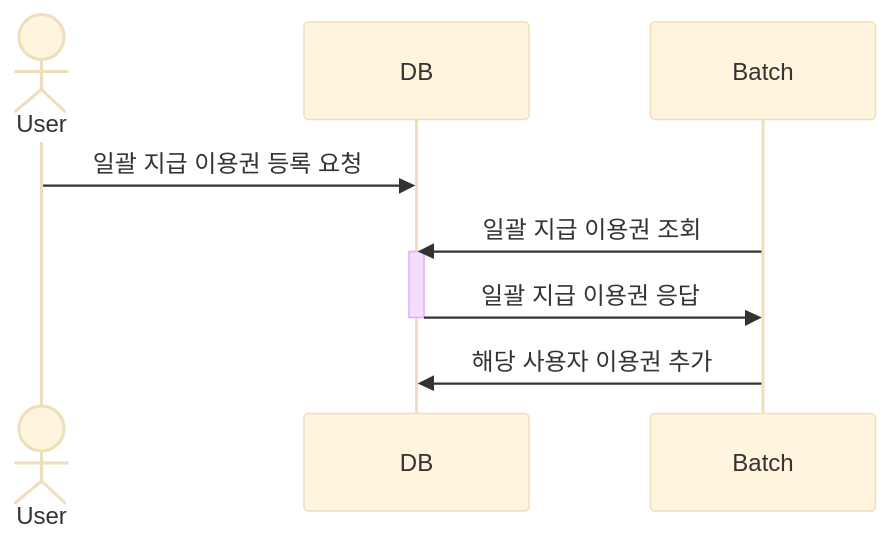
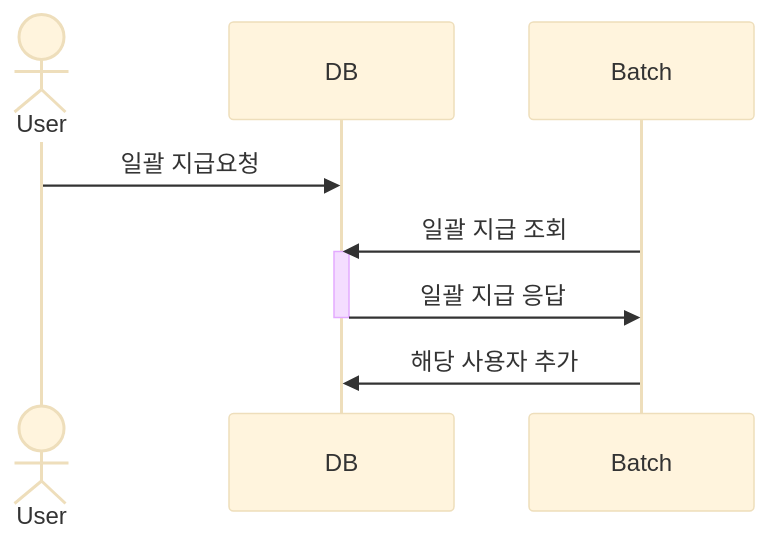
The second of 4 diagrams in README.md (norte0190/pass-batch), drawn with Mermaid (base theme) before and after one commit. The commit also changed other lines of this file, not shown here.

````diff
--- a/README.md
+++ b/README.md
@@ -24,13 +24,13 @@
 ```mermaid
 sequenceDiagram
     actor User
     participant DB
     participant Batch
-    User->>DB: 일괄 지급 이용권 등록 요청
+    User->>DB: 일괄 지급요청
 
-    Batch->>DB: 일괄 지급 이용권 조회
+    Batch->>DB: 일괄 지급 조회
     activate DB
-    DB->>Batch: 일괄 지급 이용권 응답
+    DB->>Batch: 일괄 지급 응답
     deactivate DB
-    Batch->>DB: 해당 사용자 이용권 추가
+    Batch->>DB: 해당 사용자 추가
 ```
````
